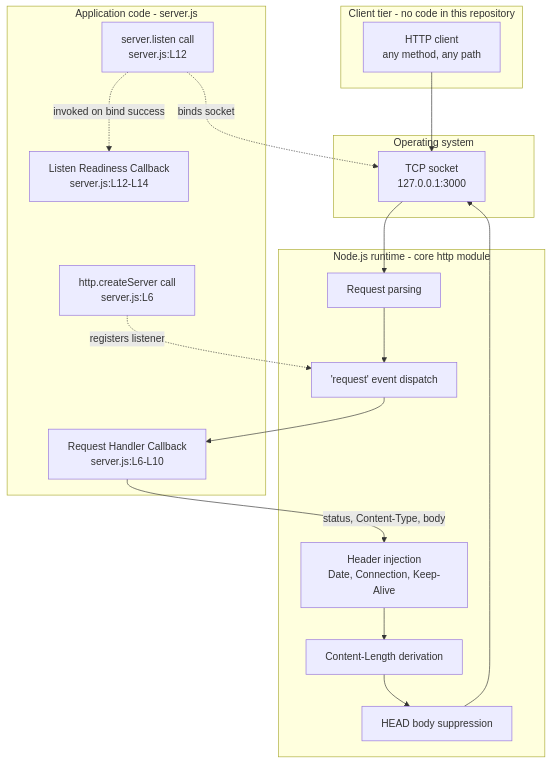
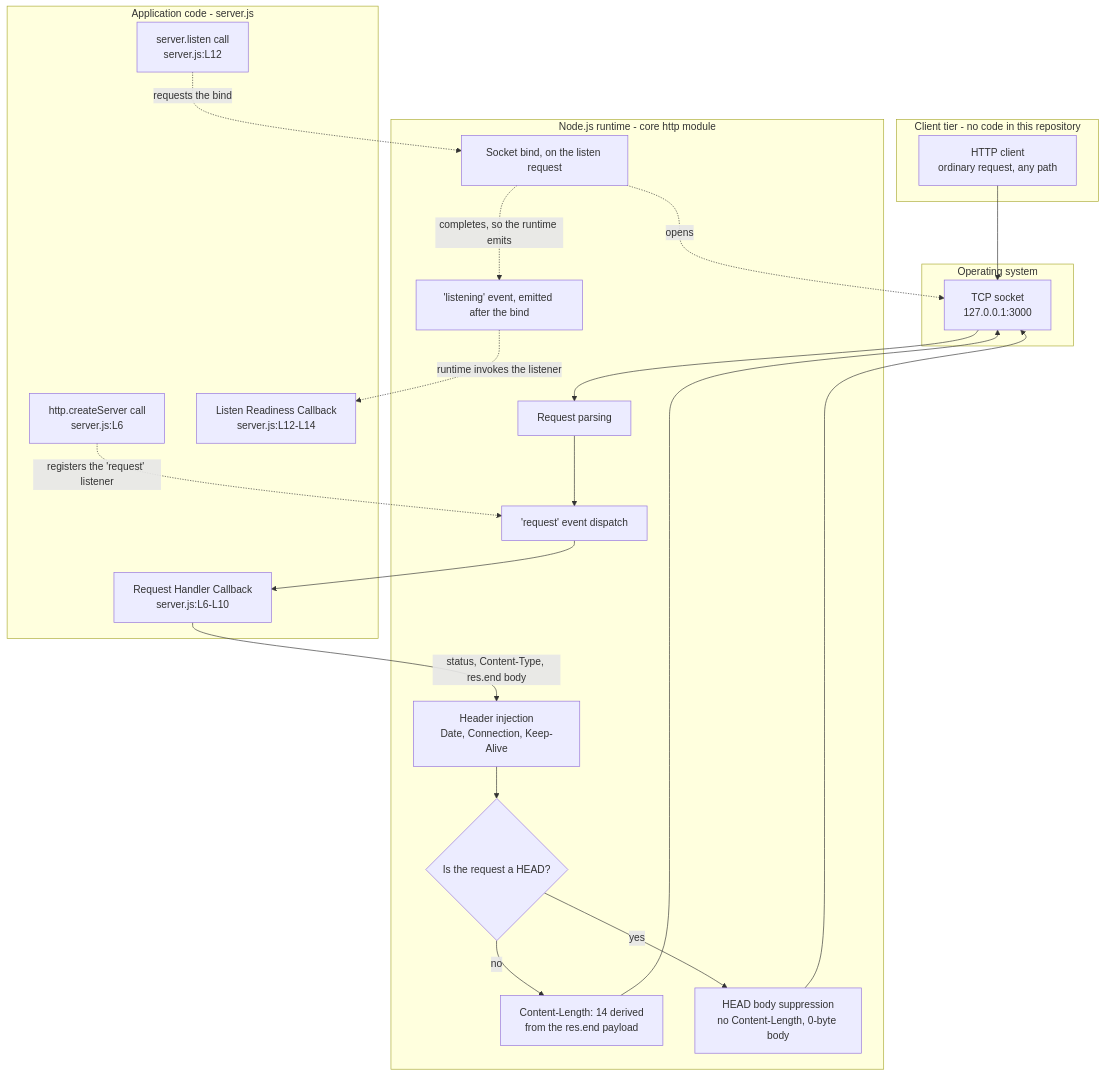
The first of 2 diagrams in docs/architecture/overview.md (ajitblitzy/Ajit_GH_Repo-12-Mar-26), drawn with Mermaid before and after one commit. The commit also changed other lines of this file and 13 other files, not shown here.

````diff
--- a/docs/architecture/overview.md
+++ b/docs/architecture/overview.md
@@ -65,33 +84,40 @@
 ```mermaid
 graph TD
     subgraph CLIENT["Client tier - no code in this repository"]
-        C["HTTP client<br/>any method, any path"]
+        C["HTTP client<br/>ordinary request, any path"]
     end
     subgraph OSTIER["Operating system"]
         SK["TCP socket<br/>127.0.0.1:3000"]
     end
     subgraph RUNTIME["Node.js runtime - core http module"]
+        BND["Socket bind, on the listen request"]
+        LEV["'listening' event, emitted after the bind"]
         PR["Request parsing"]
         EV["'request' event dispatch"]
         HI["Header injection<br/>Date, Connection, Keep-Alive"]
-        CLEN["Content-Length derivation"]
-        HS["HEAD body suppression"]
+        BR{"Is the request a HEAD?"}
+        CLEN["Content-Length: 14 derived<br/>from the res.end payload"]
+        HS["HEAD body suppression<br/>no Content-Length, 0-byte body"]
     end
     subgraph APP["Application code - server.js"]
         CS["http.createServer call<br/>server.js:L6"]
         RH["Request Handler Callback<br/>server.js:L6-L10"]
         LSN["server.listen call<br/>server.js:L12"]
         LRC["Listen Readiness Callback<br/>server.js:L12-L14"]
     end
     C --> SK
     SK --> PR
     PR --> EV
     EV --> RH
-    RH -->|"status, Content-Type, body"| HI
-    HI --> CLEN
-    CLEN --> HS
+    RH -->|"status, Content-Type, res.end body"| HI
+    HI --> BR
+    BR -->|"no"| CLEN
+    BR -->|"yes"| HS
+    CLEN --> SK
     HS --> SK
-    CS -.->|"registers listener"| EV
-    LSN -.->|"binds socket"| SK
-    LSN -.->|"invoked on bind success"| LRC
+    CS -.->|"registers the 'request' listener"| EV
+    LSN -.->|"requests the bind"| BND
+    BND -.->|"opens"| SK
+    BND -.->|"completes, so the runtime emits"| LEV
+    LEV -.->|"runtime invokes the listener"| LRC
 ```
````
